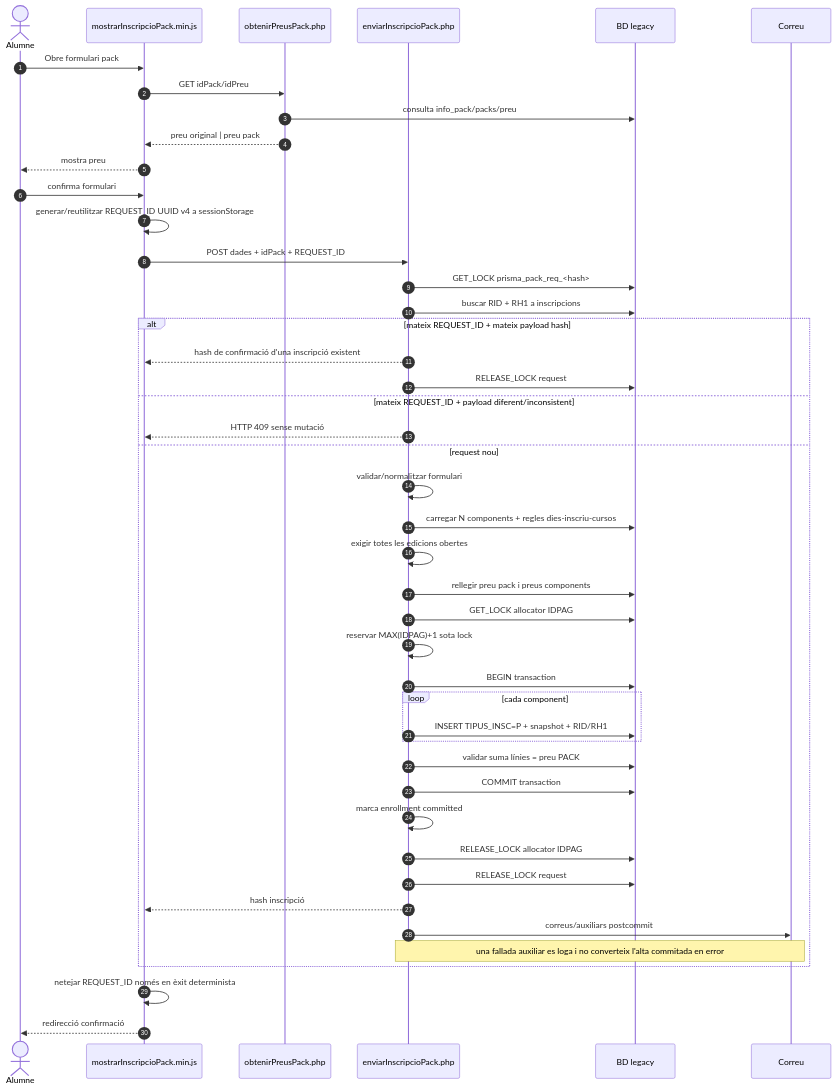
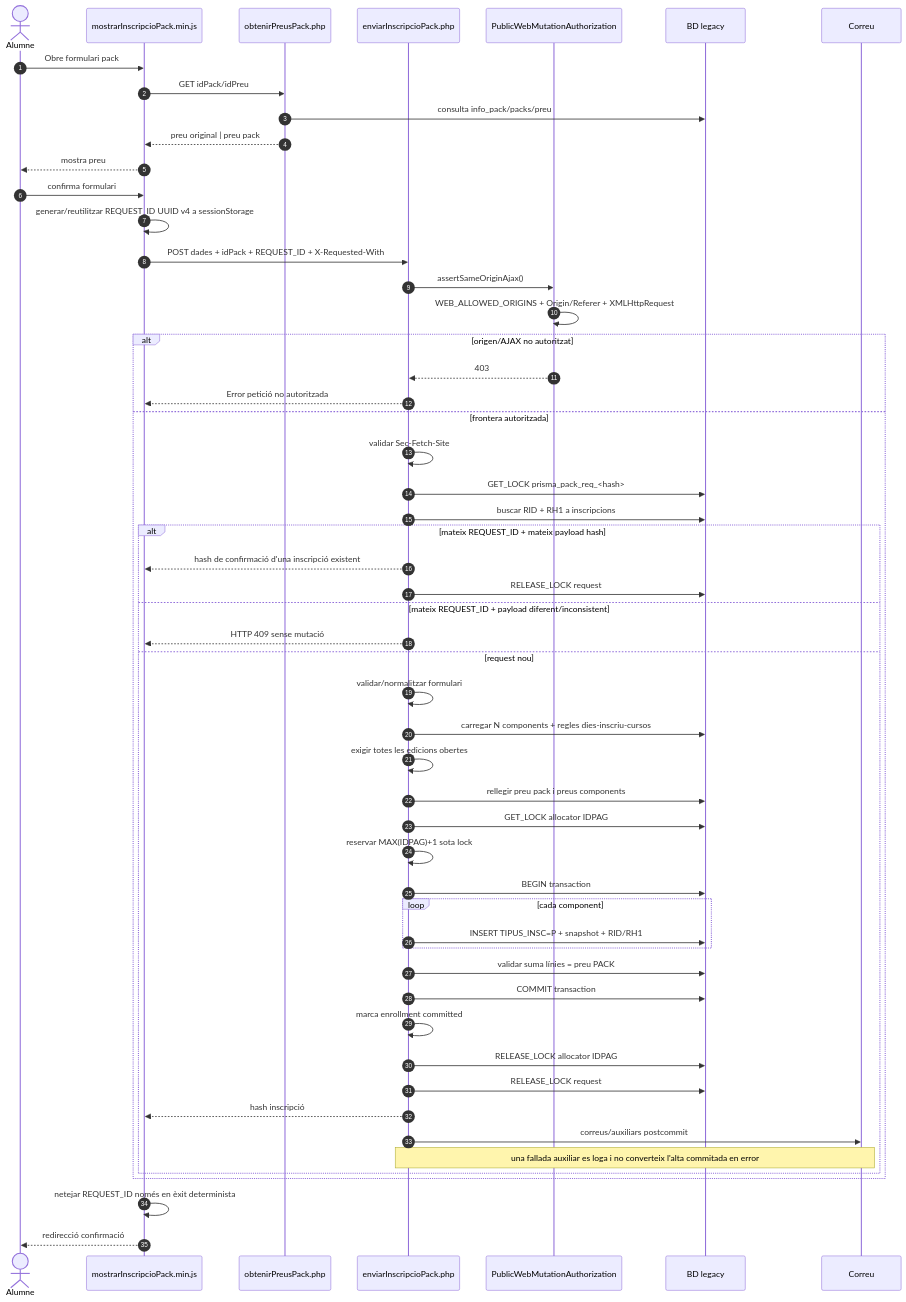
One commit to orgmeriemprismacat-del/verifactu changed the first of 4 diagrams in documentacio/07-uml-integrat/uc-015-sequencies-actual-final.md. Above: the diagram before and after it, drawn with Mermaid. The commit also changed other lines of this file, not shown here.

Commit message:
docs(UC-015): afegir guard públic a les seqüències ACTUAL FINAL

````diff
--- a/documentacio/07-uml-integrat/uc-015-sequencies-actual-final.md
+++ b/documentacio/07-uml-integrat/uc-015-sequencies-actual-final.md
@@ -7,48 +7,57 @@
 ```mermaid
 sequenceDiagram
 autonumber
 actor U as Alumne
 participant JS as mostrarInscripcioPack.min.js
 participant Price as obtenirPreusPack.php
 participant Alta as enviarInscripcioPack.php
+participant Auth as PublicWebMutationAuthorization
 participant DB as BD legacy
 participant Mail as Correu
 
 U->>JS: Obre formulari pack
 JS->>Price: GET idPack/idPreu
 Price->>DB: consulta info_pack/packs/preu
 Price-->>JS: preu original | preu pack
 JS-->>U: mostra preu
 U->>JS: confirma formulari
 JS->>JS: generar/reutilitzar REQUEST_ID UUID v4 a sessionStorage
-JS->>Alta: POST dades + idPack + REQUEST_ID
-Alta->>DB: GET_LOCK prisma_pack_req_<hash>
+JS->>Alta: POST dades + idPack + REQUEST_ID + X-Requested-With
+Alta->>Auth: assertSameOriginAjax()
+Auth->>Auth: WEB_ALLOWED_ORIGINS + Origin/Referer + XMLHttpRequest
+alt origen/AJAX no autoritzat
+ Auth-->>Alta: 403
+ Alta-->>JS: Error petició no autoritzada
+else frontera autoritzada
+ Alta->>Alta: validar Sec-Fetch-Site
+ Alta->>DB: GET_LOCK prisma_pack_req_<hash>
 Alta->>DB: buscar RID + RH1 a inscripcions
 alt mateix REQUEST_ID + mateix payload hash
  Alta-->>JS: hash de confirmació d'una inscripció existent
  Alta->>DB: RELEASE_LOCK request
 else mateix REQUEST_ID + payload diferent/inconsistent
  Alta-->>JS: HTTP 409 sense mutació
 else request nou
  Alta->>Alta: validar/normalitzar formulari
  Alta->>DB: carregar N components + regles dies-inscriu-cursos
  Alta->>Alta: exigir totes les edicions obertes
  Alta->>DB: rellegir preu pack i preus components
  Alta->>DB: GET_LOCK allocator IDPAG
  Alta->>Alta: reservar MAX(IDPAG)+1 sota lock
  Alta->>DB: BEGIN transaction
  loop cada component
   Alta->>DB: INSERT TIPUS_INSC=P + snapshot + RID/RH1
  end
  Alta->>DB: validar suma línies = preu PACK
  Alta->>DB: COMMIT transaction
  Alta->>Alta: marca enrollment committed
  Alta->>DB: RELEASE_LOCK allocator IDPAG
  Alta->>DB: RELEASE_LOCK request
  Alta-->>JS: hash inscripció
  Alta->>Mail: correus/auxiliars postcommit
  Note over Alta,Mail: una fallada auxiliar es loga i no converteix l'alta commitada en error
 end
+end
 JS->>JS: netejar REQUEST_ID només en èxit determinista
 JS-->>U: redirecció confirmació
 ```
````
